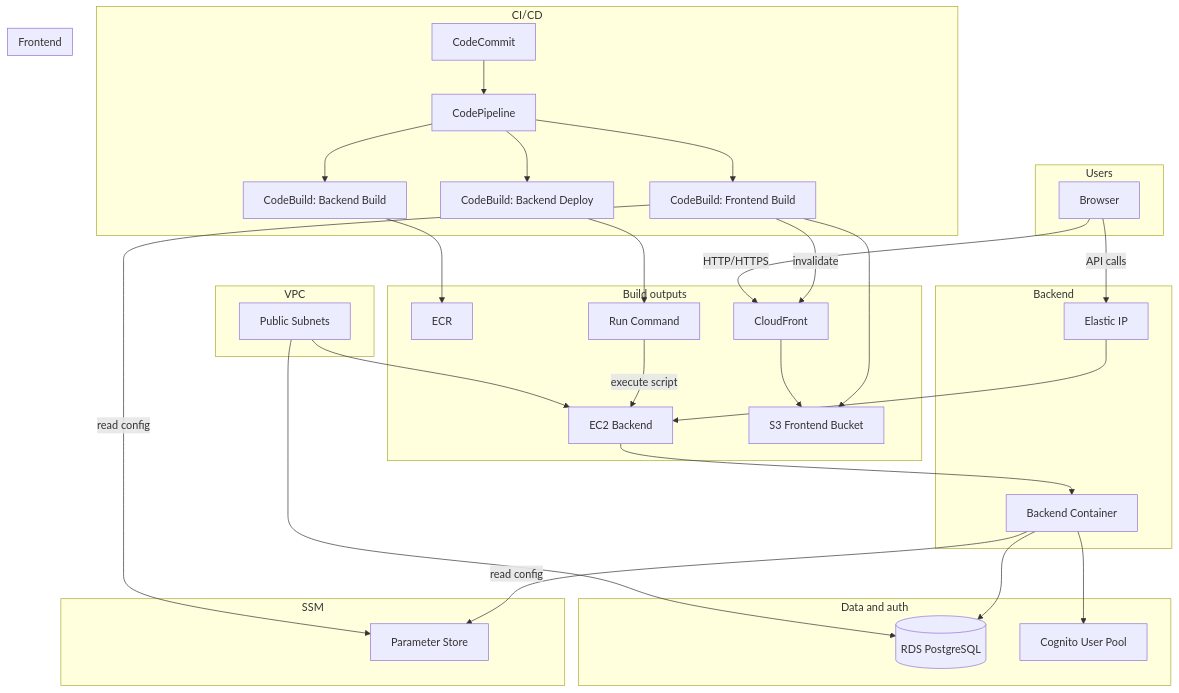
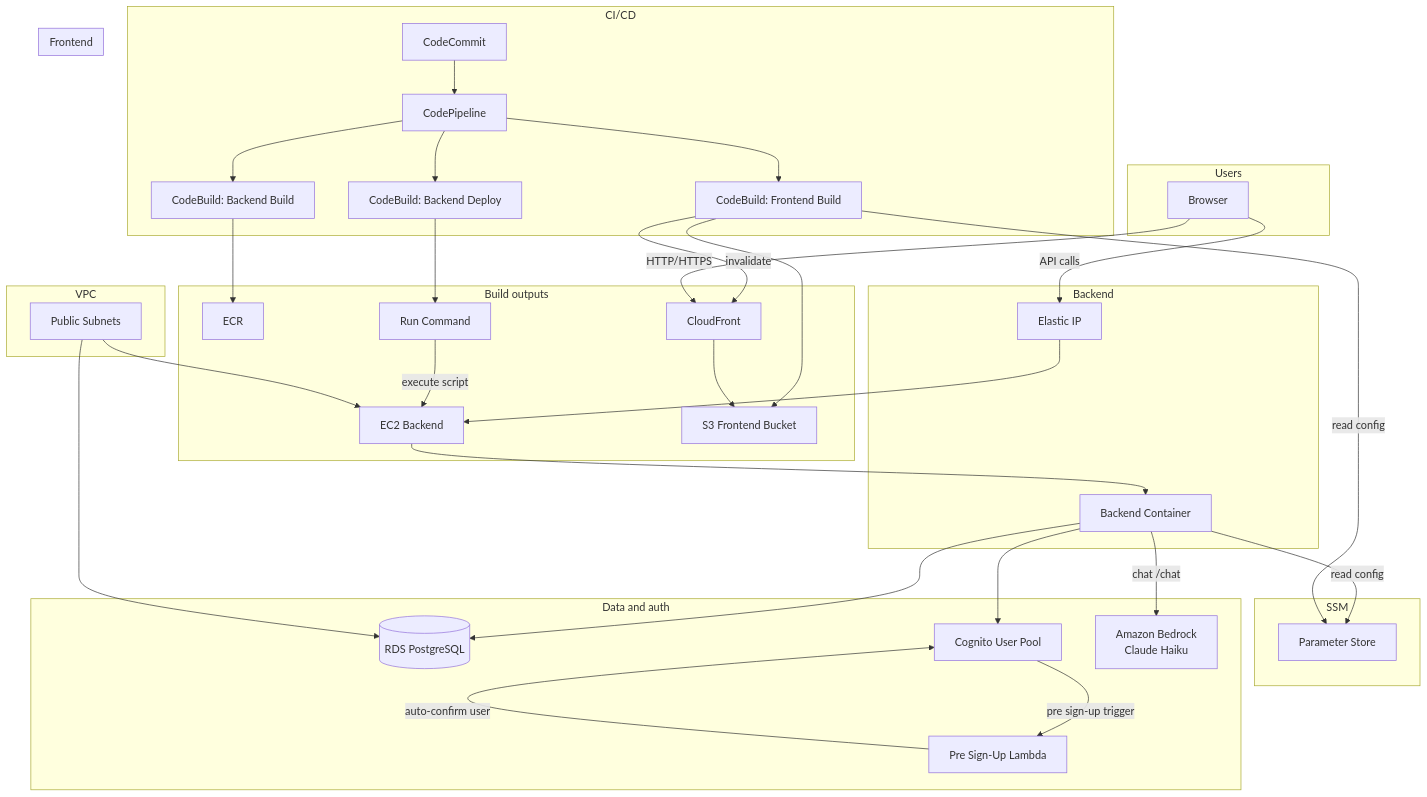
One commit to harsh20k/Coin-aws changed the diagram in notes/architecture.md. Above: the diagram before and after it, drawn with Mermaid. The commit also changed other lines of this file and 6 other files, not shown here.

````diff
--- a/notes/architecture.md
+++ b/notes/architecture.md
@@ -17,65 +21,70 @@
 ```mermaid
 flowchart TB
   subgraph users [Users]
     Browser[Browser]
   end
 
   subgraph cicd [CI/CD]
     CodeCommit[CodeCommit]
     Pipeline[CodePipeline]
     BuildBackend[CodeBuild: Backend Build]
     DeployBackend[CodeBuild: Backend Deploy]
     BuildFrontend[CodeBuild: Frontend Build]
     CodeCommit --> Pipeline
     Pipeline --> BuildBackend
     Pipeline --> DeployBackend
     Pipeline --> BuildFrontend
   end
 
   subgraph buildOutputs [Build outputs]
     ECR[ECR]
     EC2Instance[EC2 Backend]
     S3Bucket[S3 Frontend Bucket]
     BuildBackend --> ECR
     DeployBackend --> RunCommand
     RunCommand -->|"execute script"| EC2Instance
     BuildFrontend --> S3Bucket
     BuildFrontend -->|"invalidate"| CloudFront
   end
 
   subgraph ssm [SSM]
     ParamStore[Parameter Store]
     RunCommand[Run Command]
   end
   BackendContainer -->|"read config"| ParamStore
   BuildFrontend -->|"read config"| ParamStore
 
   subgraph frontend [Frontend]
     CloudFront[CloudFront]
     CloudFront --> S3Bucket
     Browser -->|"HTTP/HTTPS"| CloudFront
   end
 
   subgraph backend [Backend]
     EIP[Elastic IP]
     BackendContainer[Backend Container]
     EC2Instance --> BackendContainer
     EIP --> EC2Instance
     Browser -->|"API calls"| EIP
   end
 
   subgraph data [Data and auth]
     RDS[(RDS PostgreSQL)]
     Cognito[Cognito User Pool]
+    PreSignUpLambda[Pre Sign-Up Lambda]
+    Bedrock[Amazon Bedrock\nClaude Haiku]
     BackendContainer --> RDS
     BackendContainer --> Cognito
+    BackendContainer -->|"chat /chat"| Bedrock
+    Cognito -->|"pre sign-up trigger"| PreSignUpLambda
+    PreSignUpLambda -->|"auto-confirm user"| Cognito
   end
 
   subgraph vpc [VPC]
     PublicSubnets[Public Subnets]
     EC2Instance
     RDS
     PublicSubnets --> EC2Instance
     PublicSubnets --> RDS
   end
 ```
````
